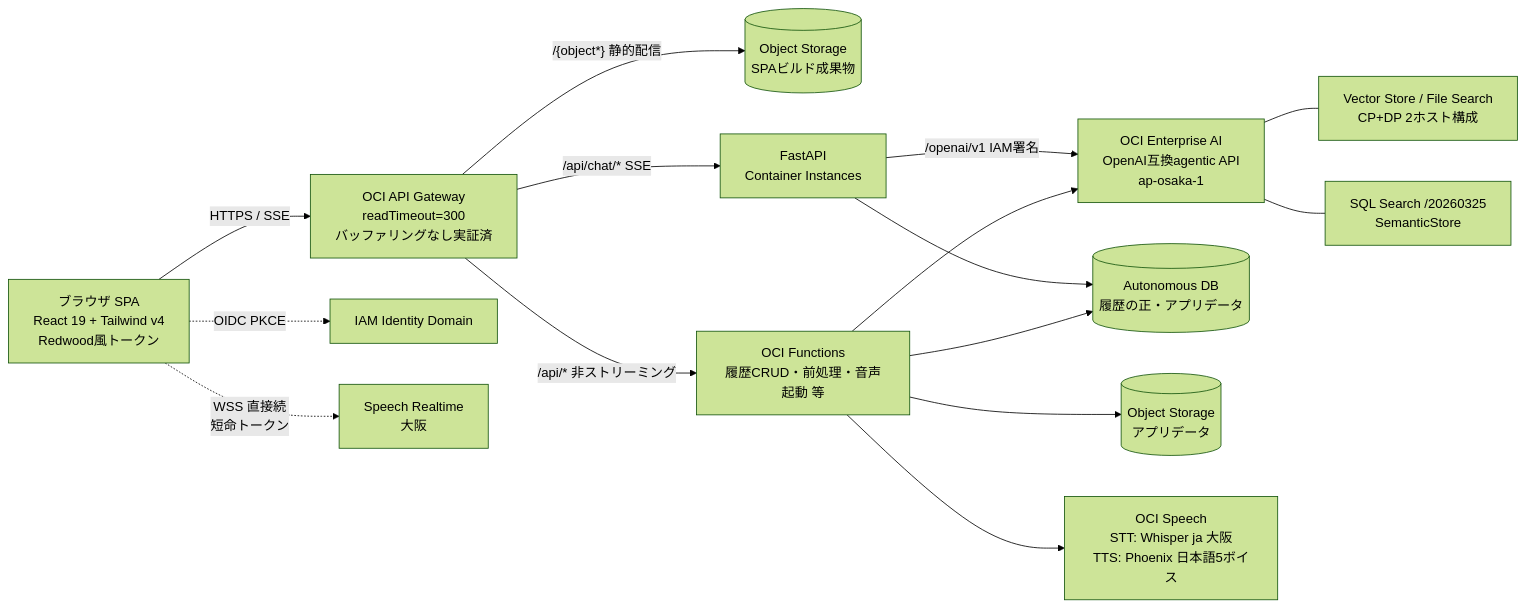
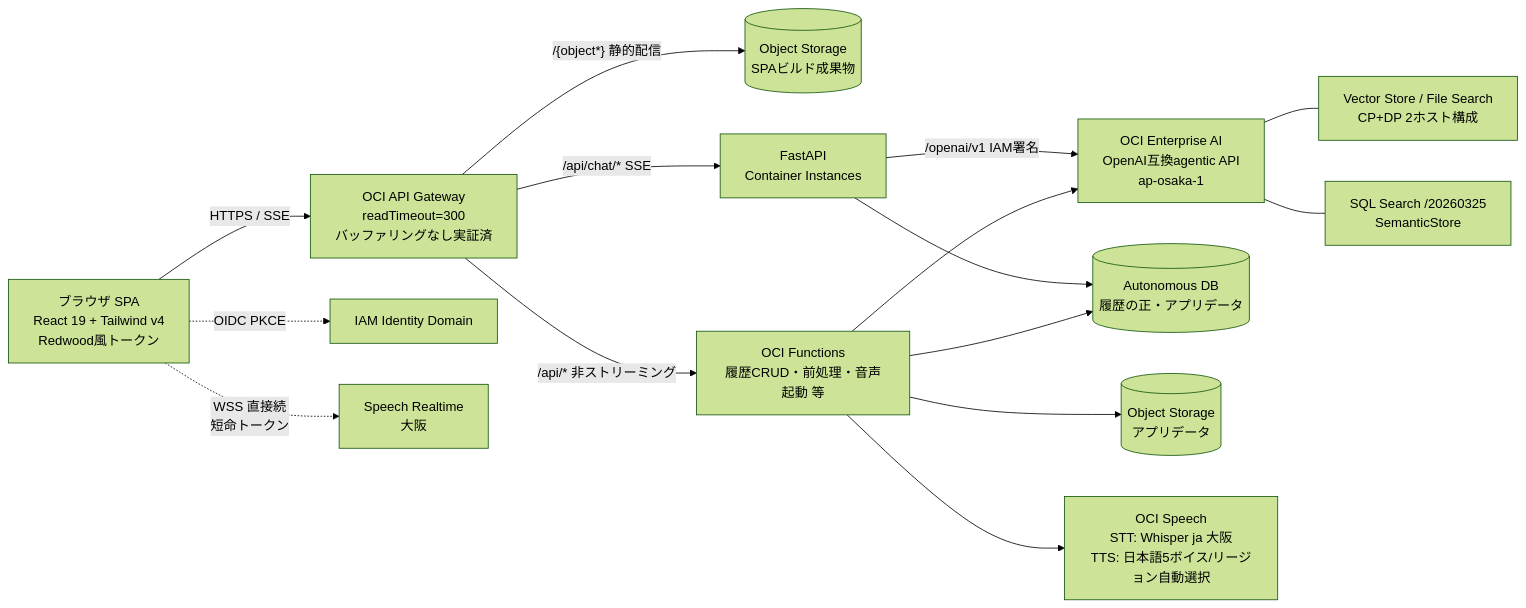
Before and after one commit to sogawa-yk/jetuse: the diagram in specs/00-architecture.md, drawn with Mermaid (forest theme). The commit also changed 55 other files, not shown here.

````diff
--- a/specs/00-architecture.md
+++ b/specs/00-architecture.md
@@ -7,17 +7,17 @@
 ```mermaid
 graph LR
   U[ブラウザ SPA<br/>React 19 + Tailwind v4<br/>Redwood風トークン] -->|HTTPS / SSE| GW[OCI API Gateway<br/>readTimeout=300<br/>バッファリングなし実証済]
   GW -->|"/{object*} 静的配信"| STATIC[(Object Storage<br/>SPAビルド成果物)]
   GW -->|"/api/chat/* SSE"| API[FastAPI<br/>Container Instances]
   GW -->|"/api/* 非ストリーミング"| FN[OCI Functions<br/>履歴CRUD・前処理・音声起動 等]
   API -->|/openai/v1 IAM署名| GENAI[OCI Enterprise AI<br/>OpenAI互換agentic API<br/>ap-osaka-1]
   FN --> GENAI
   API --> ADB[(Autonomous DB<br/>履歴の正・アプリデータ)]
   FN --> ADB
   FN --> OS[(Object Storage<br/>アプリデータ)]
   GENAI --- VS[Vector Store / File Search<br/>CP+DP 2ホスト構成]
   GENAI --- NL2SQL[SQL Search /20260325<br/>SemanticStore]
-  FN --> SPEECH[OCI Speech<br/>STT: Whisper ja 大阪<br/>TTS: Phoenix 日本語5ボイス]
+  FN --> SPEECH[OCI Speech<br/>STT: Whisper ja 大阪<br/>TTS: 日本語5ボイス/リージョン自動選択]
   U -.->|OIDC PKCE| IDCS[IAM Identity Domain]
   U -.->|WSS 直接続<br/>短命トークン| RT[Speech Realtime<br/>大阪]
 ```
````
